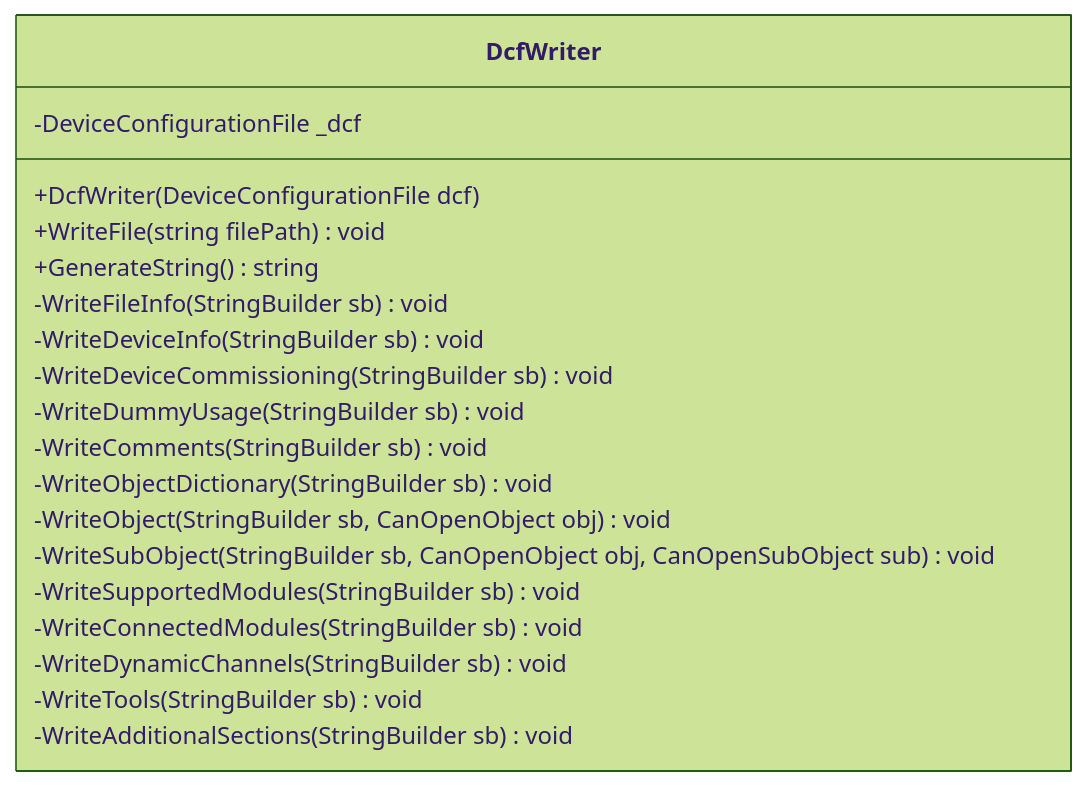
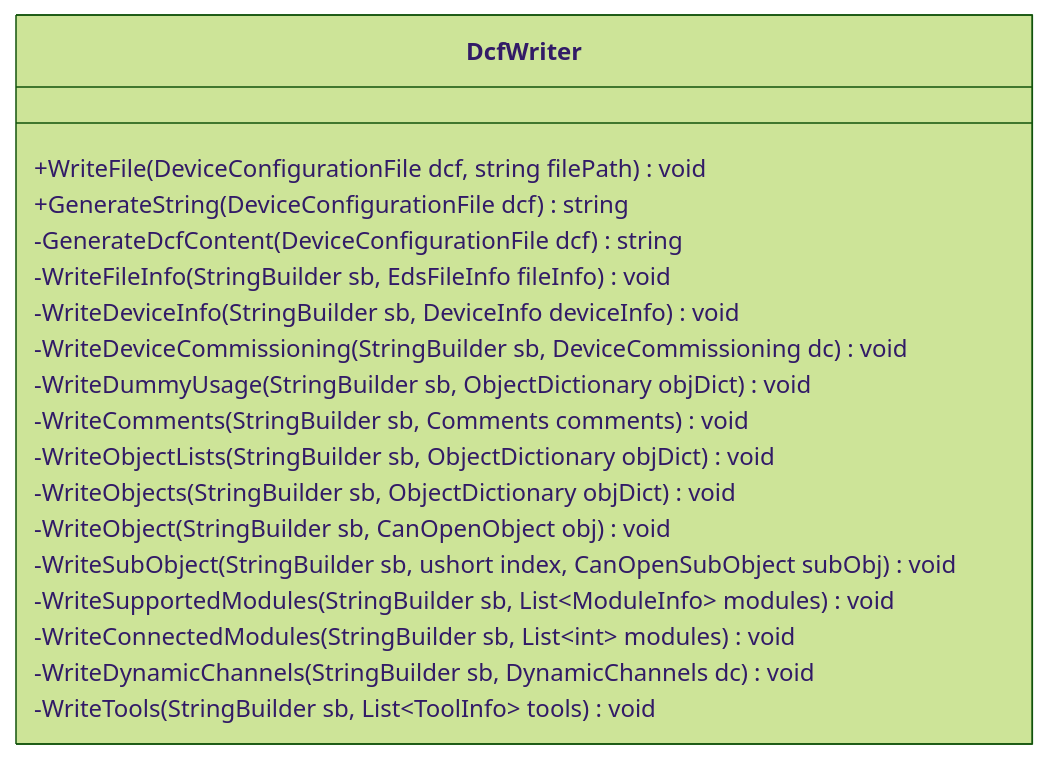
The third of 7 diagrams in docs/architecture/05-building-block-view.md (dborgards/eds-dcf-net), drawn with Mermaid (forest theme) before and after one commit. The commit also changed other lines of this file and 3 other files, not shown here.

First line of the commit message:
docs: fix inaccuracies in architecture documentation

````diff
--- a/docs/architecture/05-building-block-view.md
+++ b/docs/architecture/05-building-block-view.md
@@ -96,22 +101,21 @@
 ```mermaid
 classDiagram
     class DcfWriter {
-        -DeviceConfigurationFile _dcf
-        +DcfWriter(DeviceConfigurationFile dcf)
-        +WriteFile(string filePath) void
-        +GenerateString() string
-        -WriteFileInfo(StringBuilder sb) void
-        -WriteDeviceInfo(StringBuilder sb) void
-        -WriteDeviceCommissioning(StringBuilder sb) void
-        -WriteDummyUsage(StringBuilder sb) void
-        -WriteComments(StringBuilder sb) void
-        -WriteObjectDictionary(StringBuilder sb) void
+        +WriteFile(DeviceConfigurationFile dcf, string filePath) void
+        +GenerateString(DeviceConfigurationFile dcf) string
+        -GenerateDcfContent(DeviceConfigurationFile dcf) string
+        -WriteFileInfo(StringBuilder sb, EdsFileInfo fileInfo) void
+        -WriteDeviceInfo(StringBuilder sb, DeviceInfo deviceInfo) void
+        -WriteDeviceCommissioning(StringBuilder sb, DeviceCommissioning dc) void
+        -WriteDummyUsage(StringBuilder sb, ObjectDictionary objDict) void
+        -WriteComments(StringBuilder sb, Comments comments) void
+        -WriteObjectLists(StringBuilder sb, ObjectDictionary objDict) void
+        -WriteObjects(StringBuilder sb, ObjectDictionary objDict) void
         -WriteObject(StringBuilder sb, CanOpenObject obj) void
-        -WriteSubObject(StringBuilder sb, CanOpenObject obj, CanOpenSubObject sub) void
-        -WriteSupportedModules(StringBuilder sb) void
-        -WriteConnectedModules(StringBuilder sb) void
-        -WriteDynamicChannels(StringBuilder sb) void
-        -WriteTools(StringBuilder sb) void
-        -WriteAdditionalSections(StringBuilder sb) void
+        -WriteSubObject(StringBuilder sb, ushort index, CanOpenSubObject subObj) void
+        -WriteSupportedModules(StringBuilder sb, List~ModuleInfo~ modules) void
+        -WriteConnectedModules(StringBuilder sb, List~int~ modules) void
+        -WriteDynamicChannels(StringBuilder sb, DynamicChannels dc) void
+        -WriteTools(StringBuilder sb, List~ToolInfo~ tools) void
     }
 ```
````
